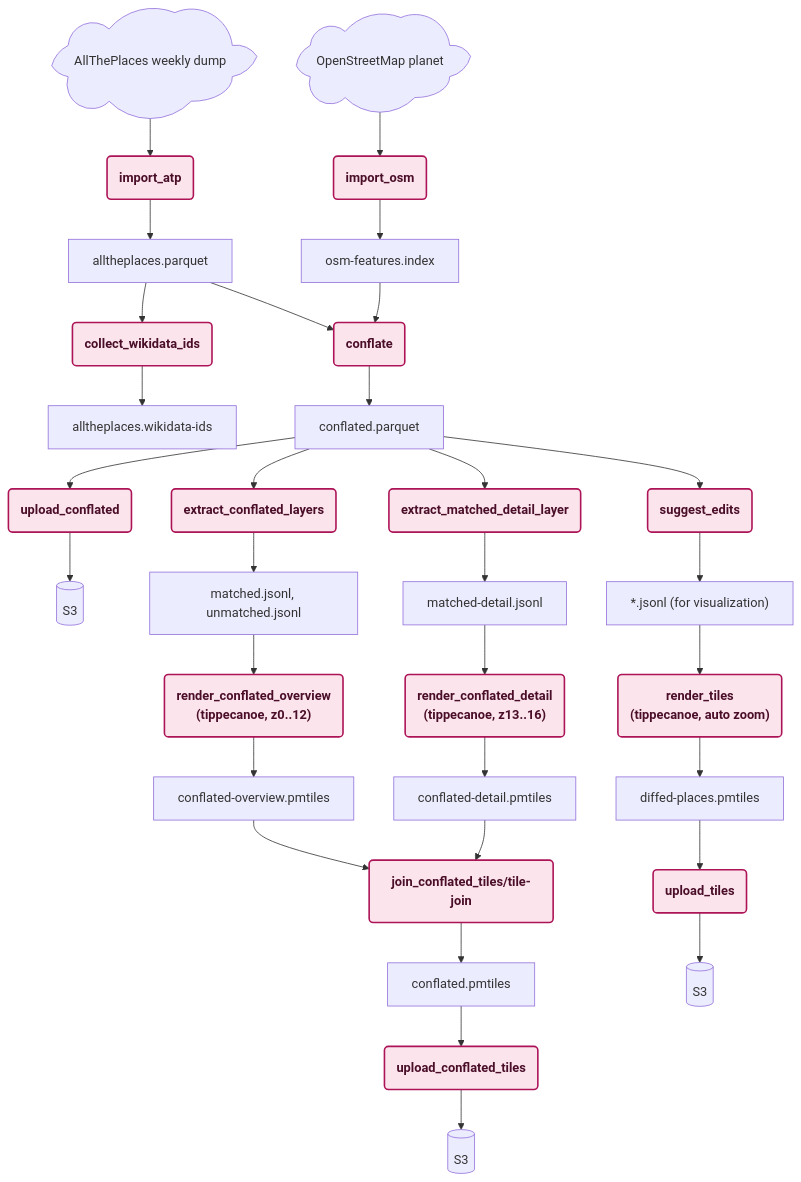
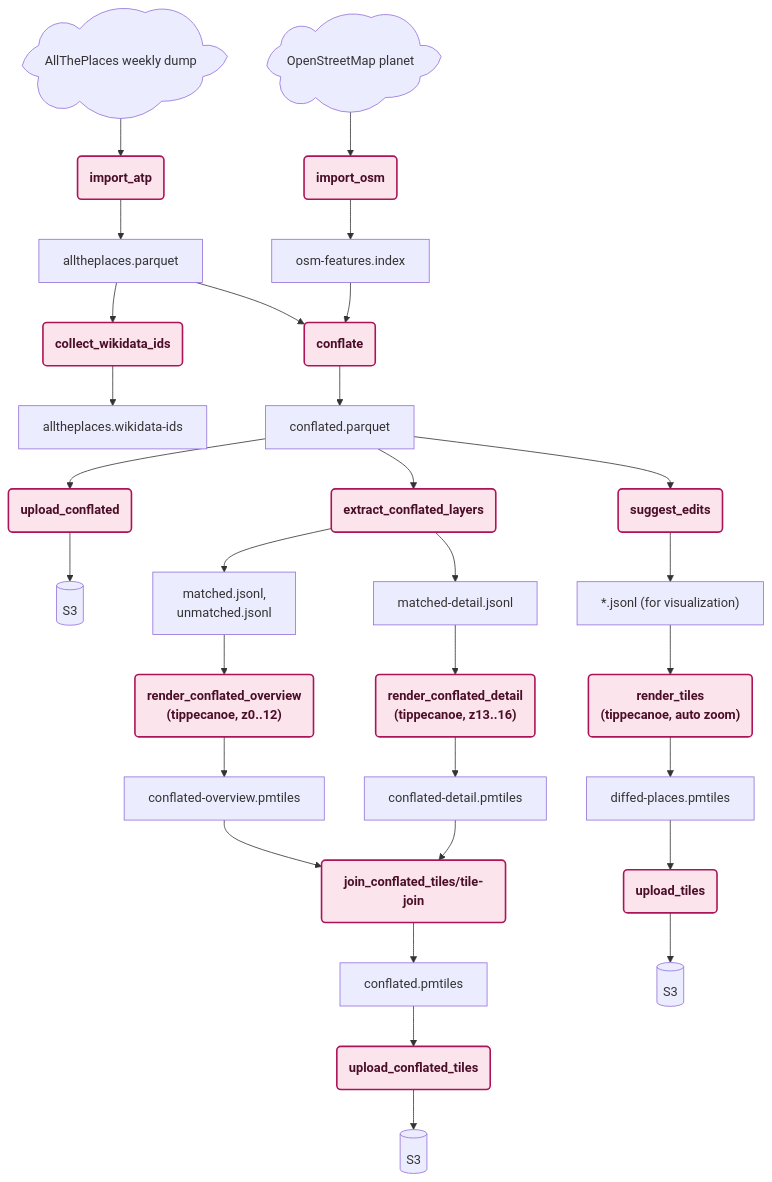
The diagram in docs/TECHNICAL_DESIGN.md (alltheplaces/osm-diffs), drawn with Mermaid before and after one commit. The commit also changed other lines of this file and 3 other files, not shown here.

````diff
--- a/docs/TECHNICAL_DESIGN.md
+++ b/docs/TECHNICAL_DESIGN.md
@@ -177,31 +177,32 @@
 ```mermaid
 graph TD
     ATP_SRC@{ shape: cloud, label: "AllThePlaces weekly dump" }
     OSM_SRC@{ shape: cloud, label: "OpenStreetMap planet" }
 
     ATP_SRC --> IMPORT_ATP(import_atp) --> ATP_PARQUET[alltheplaces.parquet]
     ATP_PARQUET --> COLLECT_WIKI(collect_wikidata_ids) --> WIKIDATA[alltheplaces.wikidata-ids]
 
     OSM_SRC --> IMPORT_OSM(import_osm) --> OSM_INDEX[osm-features.index]
 
     ATP_PARQUET --> CONFLATE(conflate)
     OSM_INDEX --> CONFLATE
     CONFLATE --> CONFLATED[conflated.parquet]
     CONFLATED --> UPLOAD_CONFLATED(upload_conflated) --> S3A[(S3)]
 
-    CONFLATED --> EXTRACT_CONFLATED_LAYERS(extract_conflated_layers) --> CONFLATED_LAYERS["matched.jsonl, unmatched.jsonl"]
-    CONFLATED_LAYERS --> RENDER_CONFLATED_OVERVIEW("render_conflated_overview<br/>(tippecanoe, z0..12)") --> OVERVIEW_PMTILES[conflated-overview.pmtiles]
-    CONFLATED --> EXTRACT_DETAIL(extract_matched_detail_layer) --> DETAIL_LAYER[matched-detail.jsonl]
+    CONFLATED --> EXTRACT_CONFLATED_LAYERS(extract_conflated_layers)
+    EXTRACT_CONFLATED_LAYERS --> OVERVIEW_LAYERS["matched.jsonl,<br/>unmatched.jsonl"]
+    EXTRACT_CONFLATED_LAYERS --> DETAIL_LAYER[matched-detail.jsonl]
+    OVERVIEW_LAYERS --> RENDER_CONFLATED_OVERVIEW("render_conflated_overview<br/>(tippecanoe, z0..12)") --> OVERVIEW_PMTILES[conflated-overview.pmtiles]
     DETAIL_LAYER --> RENDER_CONFLATED_DETAIL("render_conflated_detail<br/>(tippecanoe, z13..16)") --> DETAIL_PMTILES[conflated-detail.pmtiles]
     OVERVIEW_PMTILES --> JOIN_CONFLATED_TILES(join_conflated_tiles/tile-join)
     DETAIL_PMTILES --> JOIN_CONFLATED_TILES
     JOIN_CONFLATED_TILES --> CONFLATED_PMTILES[conflated.pmtiles]
     CONFLATED_PMTILES --> UPLOAD_CONFLATED_TILES(upload_conflated_tiles) --> S3C[(S3)]
 
     CONFLATED --> SUGGEST_EDITS(suggest_edits) --> LAYERS["*.jsonl (for visualization)"]
     LAYERS --> RENDER_TILES("render_tiles<br/>(tippecanoe, auto zoom)") --> PMTILES[diffed-places.pmtiles]
     PMTILES --> UPLOAD_TILES(upload_tiles) --> S3B[(S3)]
 
     classDef process fill:#fce4ec,stroke:#ad1457,stroke-width:2px,color:#4a0e28,font-weight:bold;
-    class IMPORT_ATP,COLLECT_WIKI,IMPORT_OSM,CONFLATE,UPLOAD_CONFLATED,EXTRACT_CONFLATED_LAYERS,RENDER_CONFLATED_OVERVIEW,EXTRACT_DETAIL,RENDER_CONFLATED_DETAIL,JOIN_CONFLATED_TILES,UPLOAD_CONFLATED_TILES,SUGGEST_EDITS,RENDER_TILES,UPLOAD_TILES process;
+    class IMPORT_ATP,COLLECT_WIKI,IMPORT_OSM,CONFLATE,UPLOAD_CONFLATED,EXTRACT_CONFLATED_LAYERS,RENDER_CONFLATED_OVERVIEW,RENDER_CONFLATED_DETAIL,JOIN_CONFLATED_TILES,UPLOAD_CONFLATED_TILES,SUGGEST_EDITS,RENDER_TILES,UPLOAD_TILES process;
 ```
````
